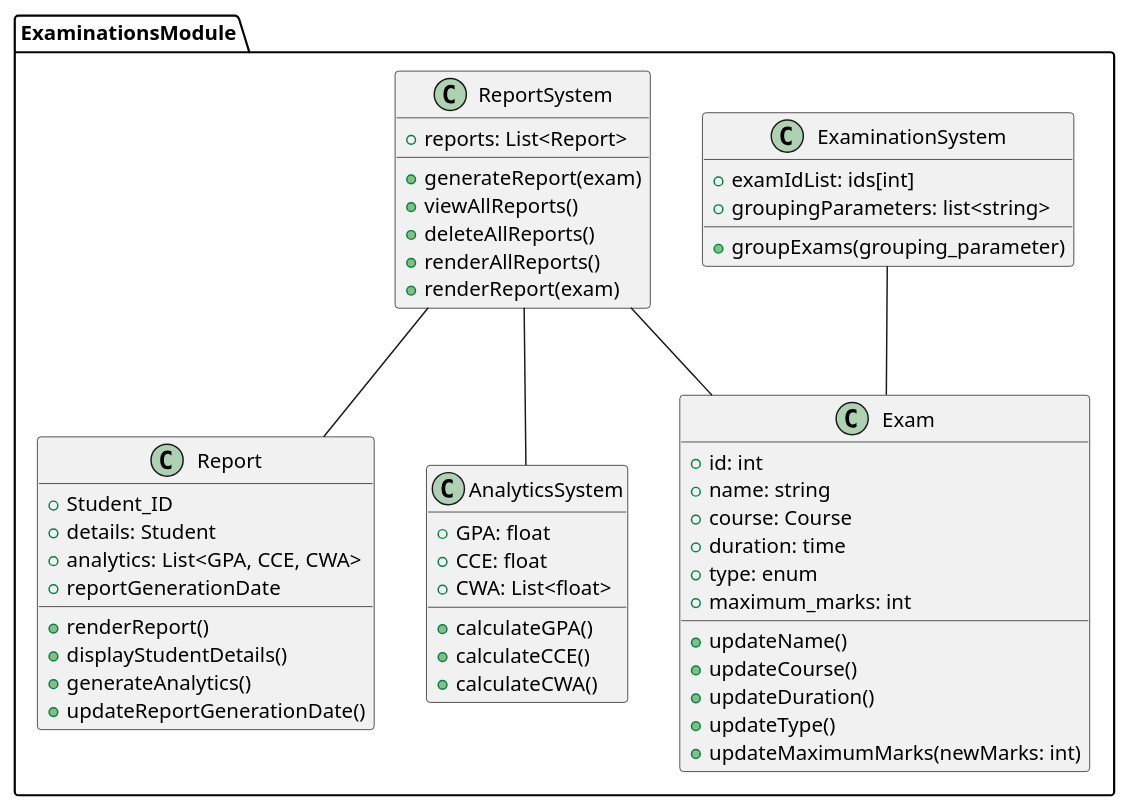
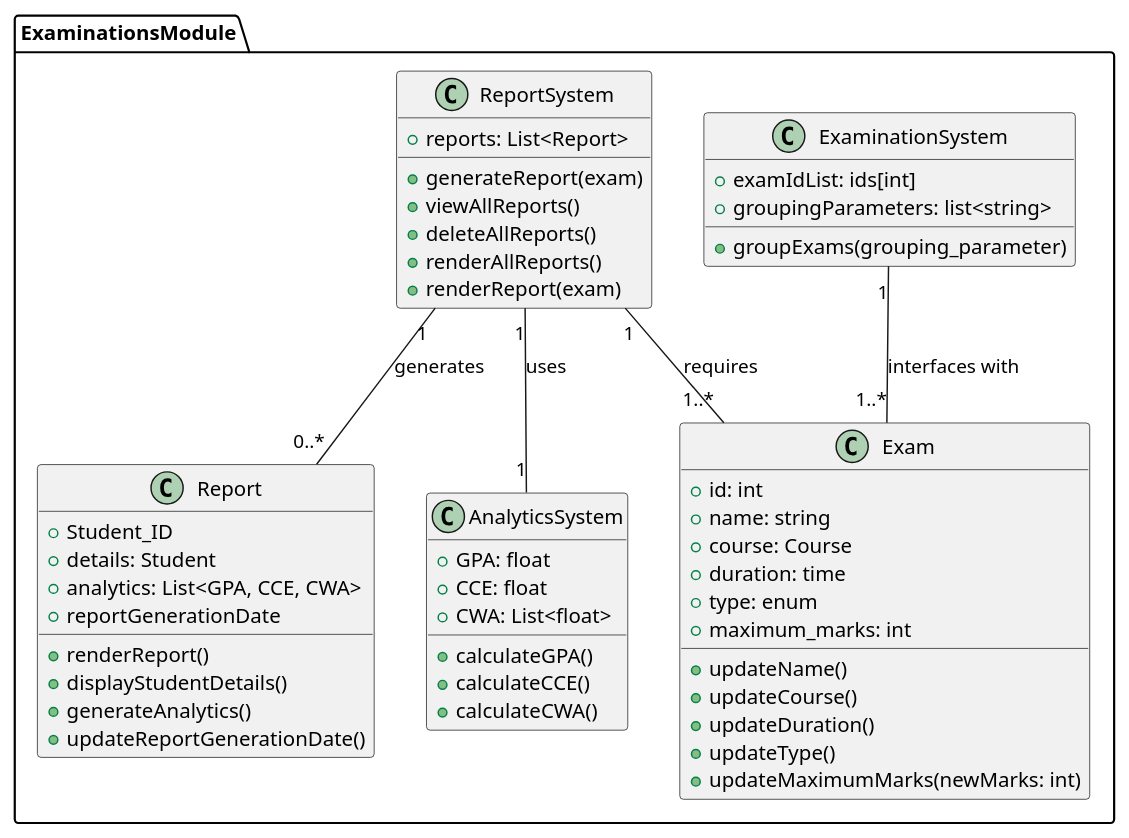
The diagram in examinations.plantuml (anshium/DASS-Assignment-3-IMS-System-Design), drawn with PlantUML before and after one commit. The commit also changed 3 other files, not shown here.

```diff
--- a/examinations.plantuml
+++ b/examinations.plantuml
@@ -1,64 +1,64 @@
 @startuml examinations
 package ExaminationsModule {
 	class ExaminationSystem {
 		+ examIdList: ids[int]
 		+ groupingParameters: list<string>
 		+ groupExams(grouping_parameter)
 	}
 
 	class Exam {
 		+ id: int
 		+ name: string
 		' Use the course class
 		+ course: Course
 		+ duration: time
 		+ type: enum
 		+ maximum_marks: int
 
 		+ updateName()
 		+ updateCourse()
 		+ updateDuration()
 		+ updateType()
 		+ updateMaximumMarks(newMarks: int)
 	}
 
 	class ReportSystem {
 		+ reports: List<Report>
 
 
 		+ generateReport(exam)
 		+ viewAllReports()
 		+ deleteAllReports()
 		+ renderAllReports()
 		+ renderReport(exam)
 	}
 
 	class Report {
 		+ Student_ID
 		+ details: Student
 		+ analytics: List<GPA, CCE, CWA>
 		+ reportGenerationDate
 
 		'Would get the details via student ID'
 		+ renderReport()
 		+ displayStudentDetails()
 		+ generateAnalytics()
 		+ updateReportGenerationDate()
 	}
 
 	class AnalyticsSystem {
 		+ GPA: float 
 		+ CCE: float
 		+ CWA: List<float>
 
 		+ calculateGPA()
 		+ calculateCCE()
 		+ calculateCWA()
 	}
 
-	ExaminationSystem -- Exam
-	ReportSystem -- Report
-	ReportSystem -- AnalyticsSystem
-	ReportSystem -- Exam
+	ExaminationSystem "1" -- "1..*" Exam: "interfaces with"
+	ReportSystem "1" -- "0..*" Report: generates
+	ReportSystem "1" -- "1" AnalyticsSystem: uses
+	ReportSystem "1" -- "1..*" Exam: requires
 }
 @enduml
```
